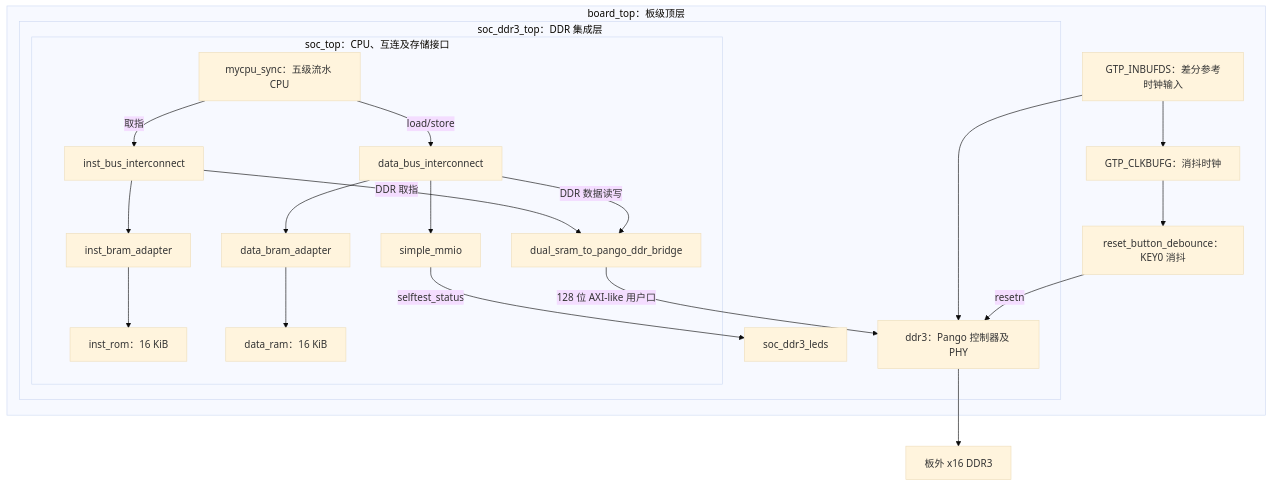
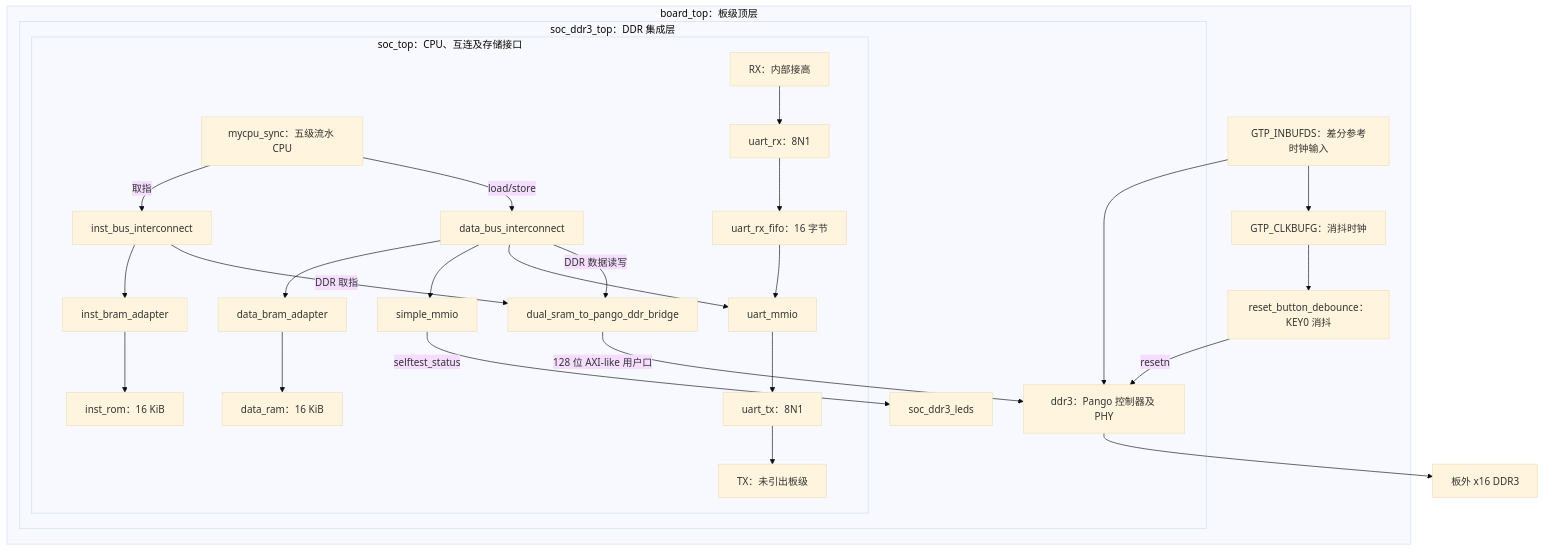
Before and after one commit to zlmy-kyz/riscv: the diagram in doc/SoC结构说明_2026-10-04.md, drawn with Mermaid (base theme). The commit also changed other lines of this file and 57 other files, not shown here.

Commit message:
Integrate polling UART MMIO and publish verified SoC diagrams

````diff
--- a/doc/SoC结构说明_2026-10-04.md
+++ b/doc/SoC结构说明_2026-10-04.md
@@ -9,36 +18,44 @@
 ```mermaid
 flowchart TB
   subgraph B[board_top：板级顶层]
     CLK[GTP_INBUFDS：差分参考时钟输入]
     BUF[GTP_CLKBUFG：消抖时钟]
     KEY[reset_button_debounce：KEY0 消抖]
     CLK --> BUF --> KEY
     subgraph D[soc_ddr3_top：DDR 集成层]
       subgraph S[soc_top：CPU、互连及存储接口]
         CPU[mycpu_sync：五级流水 CPU]
         IB[inst_bus_interconnect]
         DB[data_bus_interconnect]
         IA[inst_bram_adapter]
         DA[data_bram_adapter]
         ROM[inst_rom：16 KiB]
         RAM[data_ram：16 KiB]
         MM[simple_mmio]
+        UM[uart_mmio]
+        UT[uart_tx：8N1]
+        UR[uart_rx：8N1]
+        UF[uart_rx_fifo：16 字节]
+        RX[RX：内部接高]
+        TX[TX：未引出板级]
         BR[dual_sram_to_pango_ddr_bridge]
         CPU -->|取指| IB
         CPU -->|load/store| DB
         IB --> IA --> ROM
         DB --> DA --> RAM
         DB --> MM
+        DB --> UM --> UT --> TX
+        RX --> UR --> UF --> UM
         IB -->|DDR 取指| BR
         DB -->|DDR 数据读写| BR
       end
       DDR[ddr3：Pango 控制器及 PHY]
       LED[soc_ddr3_leds]
       BR -->|128 位 AXI-like 用户口| DDR
       MM -->|selftest_status| LED
     end
     CLK --> DDR
     KEY -->|resetn| DDR
   end
   DDR --> MEM[板外 x16 DDR3]
 ```
````
